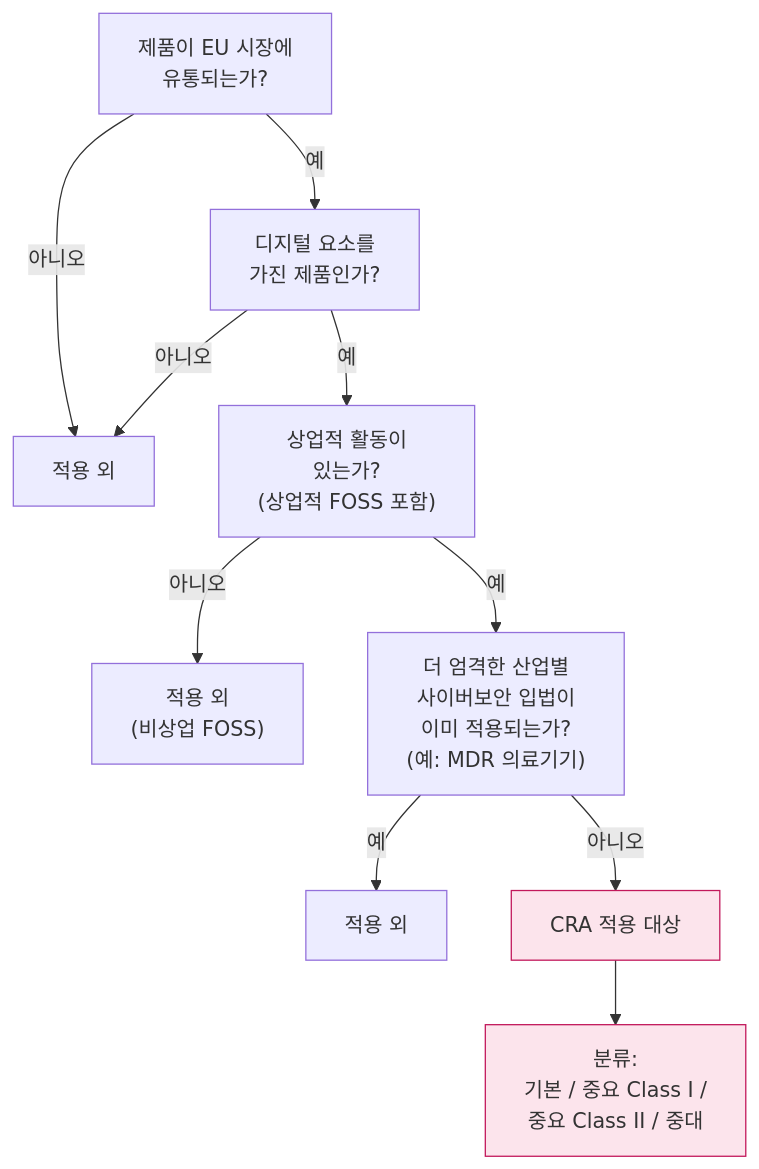
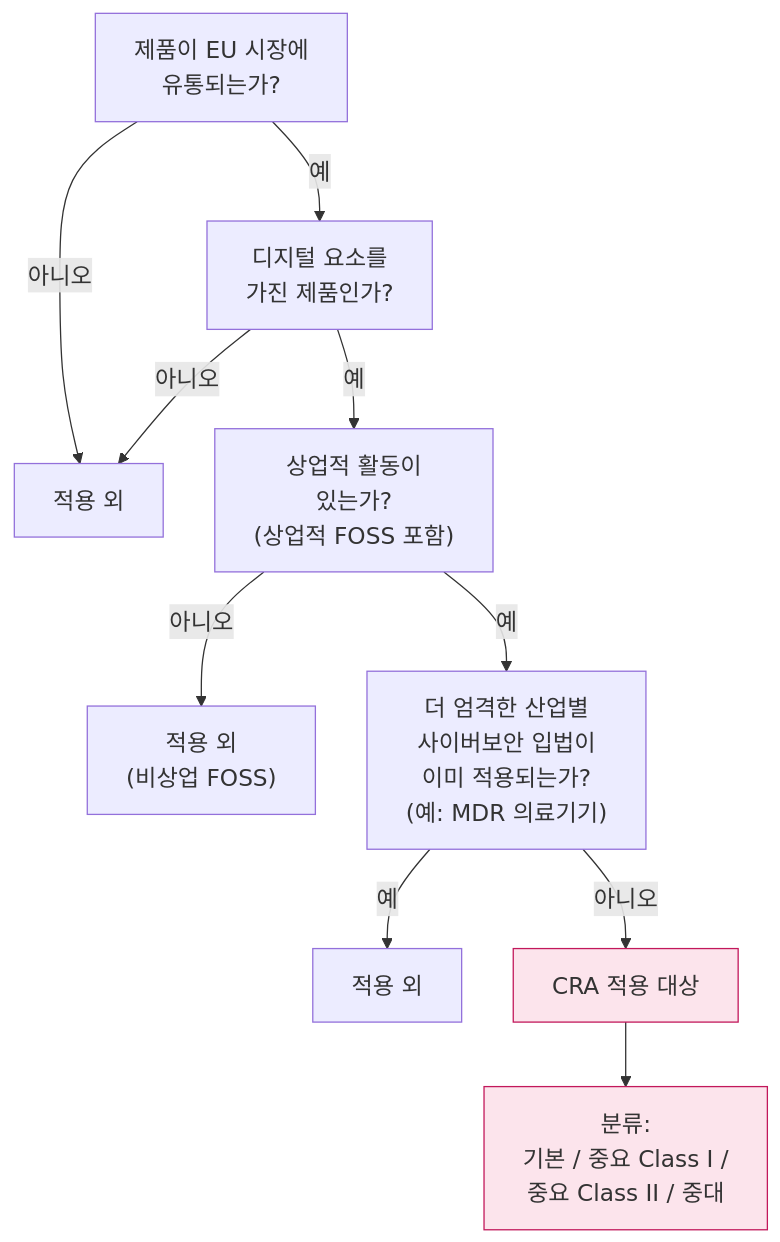
One commit to haksungjang/haksungjang.github.io changed the first of 4 diagrams in content/en/research/2026-eu-cra-vulnerability-reporting/_index.md. Above: the diagram before and after it, drawn with Mermaid. The commit also changed other lines of this file, not shown here.

First line of the commit message:
style(mermaid): timeline → flowchart로 교체, inline init으로 폰트 명시

````diff
--- a/content/en/research/2026-eu-cra-vulnerability-reporting/_index.md
+++ b/content/en/research/2026-eu-cra-vulnerability-reporting/_index.md
@@ -54,15 +54,16 @@
 ```mermaid
+%%{init: {'theme':'default', 'themeVariables': {'fontSize':'18px'}, 'flowchart': {'nodeSpacing': 40, 'rankSpacing': 50}} }%%
 flowchart TD
     A["제품이 EU 시장에<br/>유통되는가?"] -->|아니오| Z["적용 외"]
     A -->|예| B["디지털 요소를<br/>가진 제품인가?"]
     B -->|아니오| Z
     B -->|예| C["상업적 활동이<br/>있는가?<br/>(상업적 FOSS 포함)"]
     C -->|아니오| Z2["적용 외<br/>(비상업 FOSS)"]
     C -->|예| D["더 엄격한 산업별<br/>사이버보안 입법이<br/>이미 적용되는가?<br/>(예: MDR 의료기기)"]
     D -->|예| Z3["적용 외"]
     D -->|아니오| E["CRA 적용 대상"]
     E --> F["분류:<br/>기본 / 중요 Class I /<br/>중요 Class II / 중대"]
 
     style E fill:#fce4ec,stroke:#c2185b
     style F fill:#fce4ec,stroke:#c2185b
 ```
````
